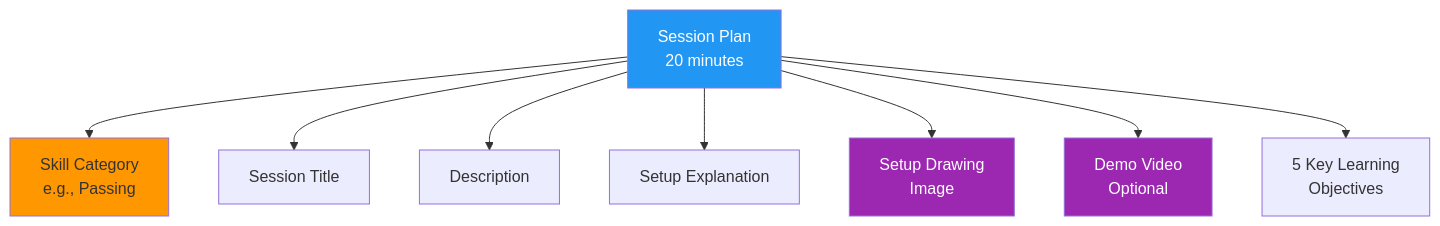
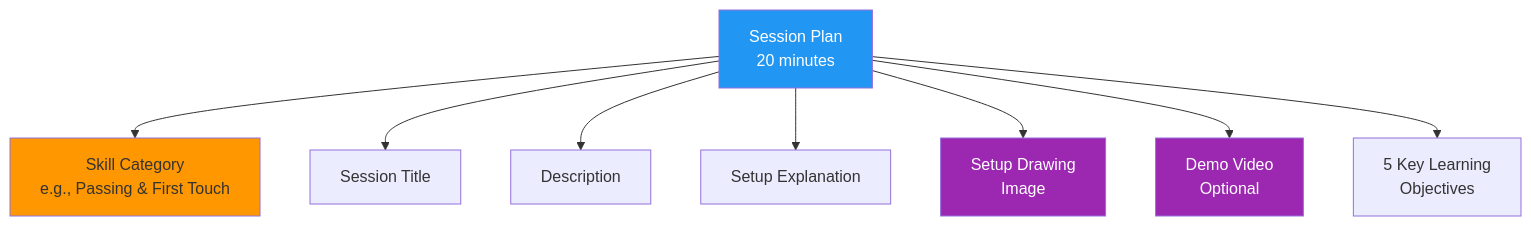
Before and after one commit to Mikebrooke65/coaching-app-prototype: the third of 8 diagrams in .kiro/specs/football-coaching-app/diagrams.md, drawn with Mermaid. The commit also changed other lines of this file and 1 other file, not shown here.

Commit message:
Update requirements and diagrams: add dual roles, skill categories, and two-tier announcements

````diff
--- a/.kiro/specs/football-coaching-app/diagrams.md
+++ b/.kiro/specs/football-coaching-app/diagrams.md
@@ -60,17 +63,17 @@
 ```mermaid
 graph TB
     Session[Session Plan<br/>20 minutes]
     
-    Session --> Skill[Skill Category<br/>e.g., Passing]
+    Session --> Skill[Skill Category<br/>e.g., Passing & First Touch]
     Session --> Title[Session Title]
     Session --> Desc[Description]
     Session --> Setup[Setup Explanation]
     Session --> Drawing[Setup Drawing<br/>Image]
     Session --> Video[Demo Video<br/>Optional]
     Session --> Objectives[5 Key Learning<br/>Objectives]
     
     style Session fill:#2196f3,color:#fff
     style Skill fill:#ff9800
     style Drawing fill:#9c27b0,color:#fff
     style Video fill:#9c27b0,color:#fff
 ```
````
